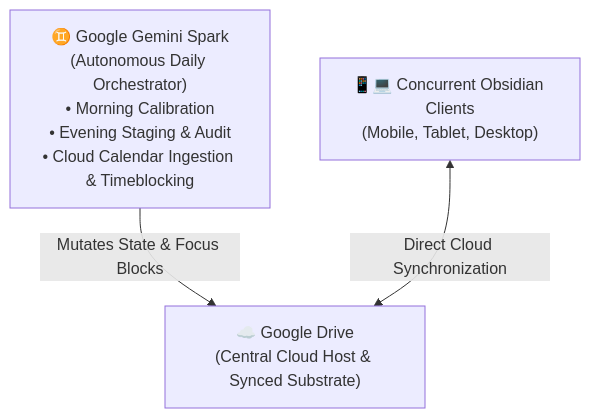
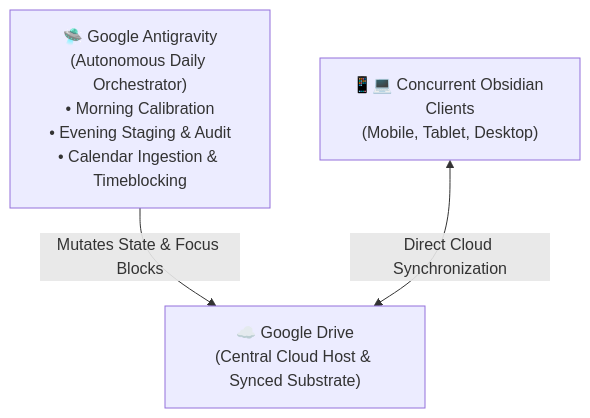
The diagram in README.md (tama-gucci/chrysalis), drawn with Mermaid before and after one commit. The commit also changed other lines of this file and 28 other files, not shown here.

````diff
--- a/README.md
+++ b/README.md
@@ -13,9 +13,9 @@
 ```mermaid
 graph TD
     GDrive["☁️ Google Drive<br/>(Central Cloud Host & Synced Substrate)"]
-    GeminiSpark["♊ Google Gemini Spark<br/>(Autonomous Daily Orchestrator)<br/>• Morning Calibration<br/>• Evening Staging & Audit<br/>• Cloud Calendar Ingestion & Timeblocking"]
+    Antigravity["🛸 Google Antigravity<br/>(Autonomous Daily Orchestrator)<br/>• Morning Calibration<br/>• Evening Staging & Audit<br/>• Calendar Ingestion & Timeblocking"]
     Clients["📱💻 Concurrent Obsidian Clients<br/>(Mobile, Tablet, Desktop)"]
     
-    GeminiSpark -->|Mutates State & Focus Blocks| GDrive
+    Antigravity -->|Mutates State & Focus Blocks| GDrive
     Clients <-->|Direct Cloud Synchronization| GDrive
 ```
````
